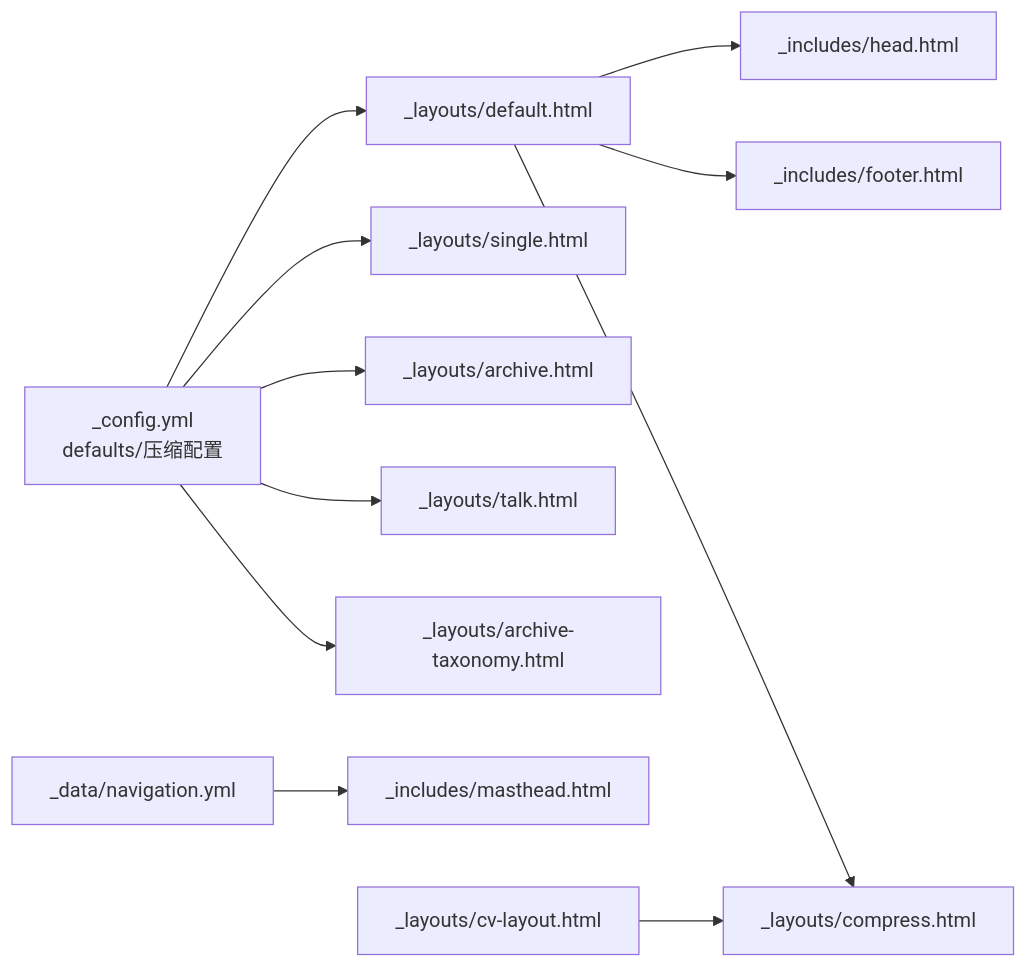
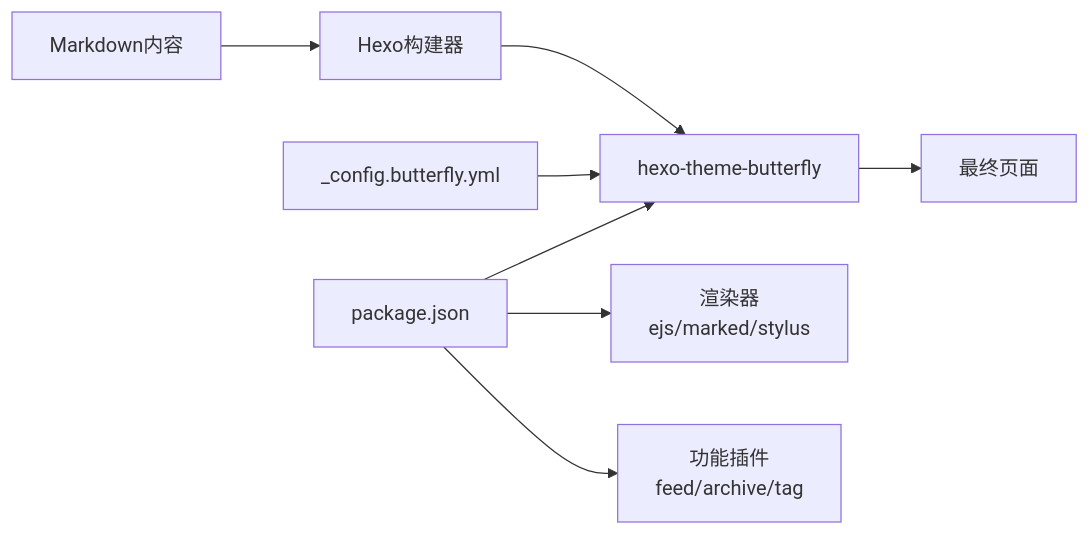
One commit to CoolPig0720/CoolPig0720.github.io changed the third of 3 diagrams in .qoder/repowiki/zh/content/页面布局和模板系统/布局系统详解.md. Above: the diagram before and after it, drawn with Mermaid. The commit also changed other lines of this file and 36 other files, not shown here.

````diff
--- a/.qoder/repowiki/zh/content/页面布局和模板系统/布局系统详解.md
+++ b/.qoder/repowiki/zh/content/页面布局和模板系统/布局系统详解.md
@@ -293,13 +181,10 @@
 ```mermaid
 graph LR
-CFG["_config.yml<br/>defaults/压缩配置"] --> DEF["_layouts/default.html"]
-CFG --> SGL["_layouts/single.html"]
-CFG --> ARC["_layouts/archive.html"]
-CFG --> TAL["_layouts/talk.html"]
-CFG --> TAX["_layouts/archive-taxonomy.html"]
-NAV["_data/navigation.yml"] --> MAS["_includes/masthead.html"]
-DEF --> HEAD["_includes/head.html"]
-DEF --> FOOT["_includes/footer.html"]
-DEF --> COM["_layouts/compress.html"]
-CVL["_layouts/cv-layout.html"] --> COM
+PKG["package.json"] --> THEME["hexo-theme-butterfly"]
+PKG --> RENDER["渲染器<br/>ejs/marked/stylus"]
+PKG --> PLUGINS["功能插件<br/>feed/archive/tag"]
+CFG["_config.butterfly.yml"] --> THEME
+MD["Markdown内容"] --> HEXO["Hexo构建器"]
+HEXO --> THEME
+THEME --> HTML["最终页面"]
 ```
````
